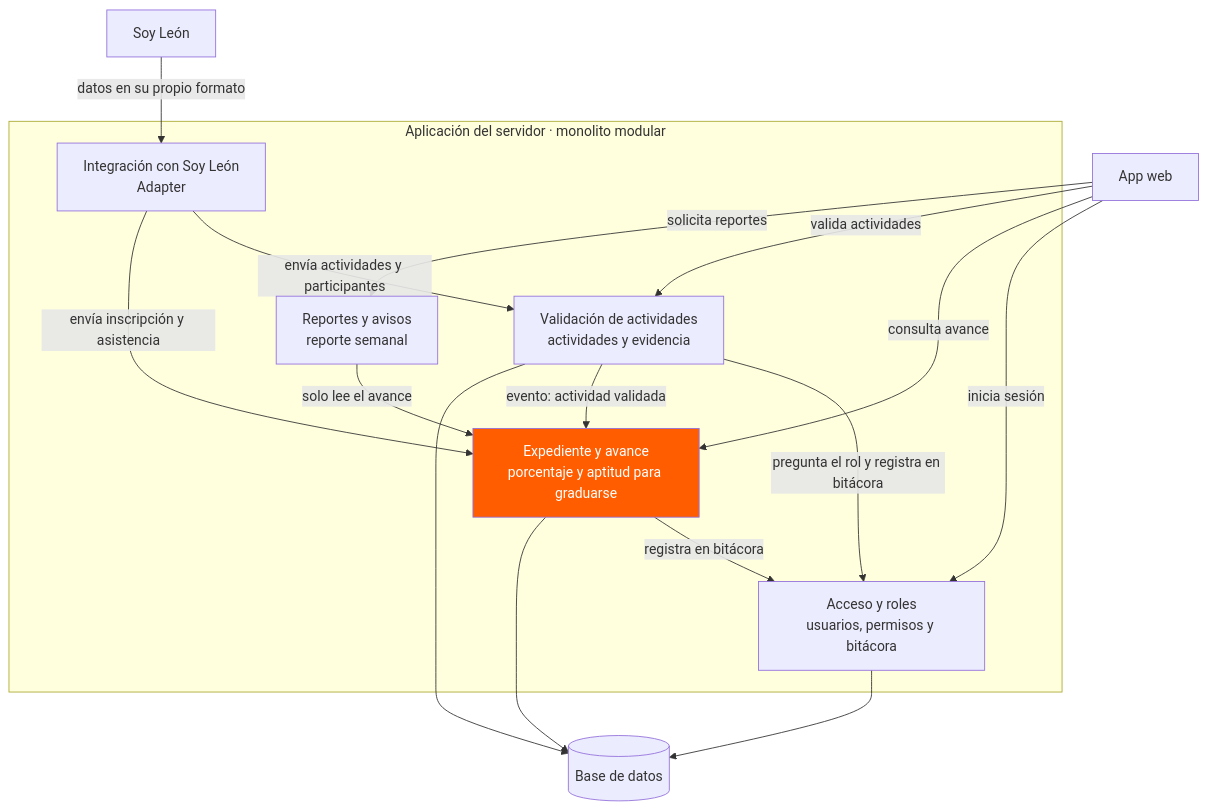
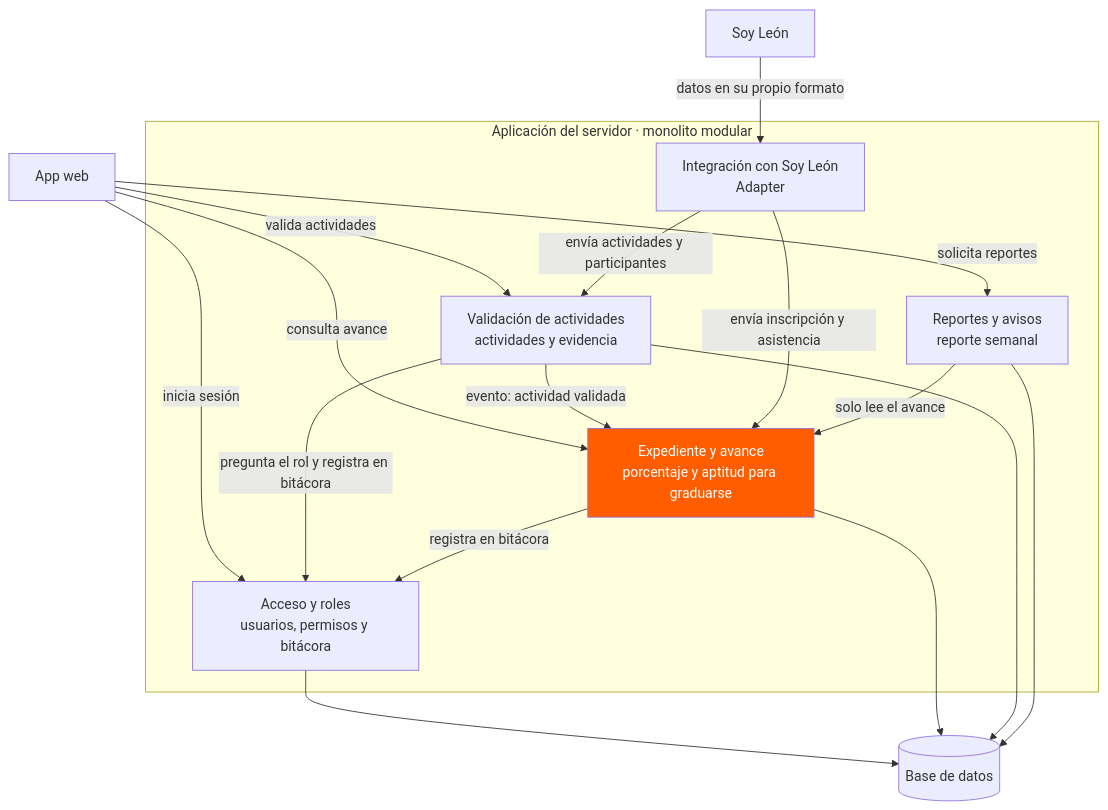
Before and after one commit to Victorflores06/PLEAS-Tracker-: the third of 3 diagrams in docs/arch/diagramas-sistema.md, drawn with Mermaid.

Commit message:
Add 'rep' access to database in system diagram

````diff
--- a/docs/arch/diagramas-sistema.md
+++ b/docs/arch/diagramas-sistema.md
@@ -49,34 +49,35 @@
 ```mermaid
 flowchart TD
     web[App web]
 
     subgraph app["Aplicación del servidor · monolito modular"]
         acceso["Acceso y roles<br/>usuarios, permisos y bitácora"]
         exp["Expediente y avance<br/>porcentaje y aptitud para graduarse"]
         val["Validación de actividades<br/>actividades y evidencia"]
         rep["Reportes y avisos<br/>reporte semanal"]
         integ["Integración con Soy León<br/>Adapter"]
     end
 
     db[("Base de datos")]
     soy[Soy León]
 
     web -->|inicia sesión| acceso
     web -->|consulta avance| exp
     web -->|valida actividades| val
     web -->|solicita reportes| rep
 
     val -->|pregunta el rol y registra en bitácora| acceso
     exp -->|registra en bitácora| acceso
     val -->|evento: actividad validada| exp
     integ -->|envía actividades y participantes| val
     integ -->|envía inscripción y asistencia| exp
     rep -->|solo lee el avance| exp
     soy -->|datos en su propio formato| integ
 
     acceso --> db
     exp --> db
     val --> db
+    rep --> db
 
     style exp fill:#ff5d00,color:#fff
 ```
````
